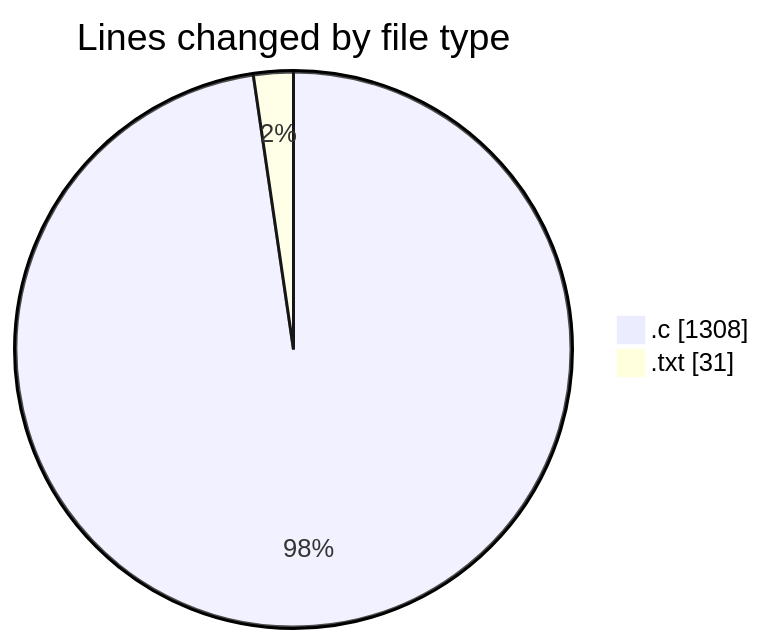
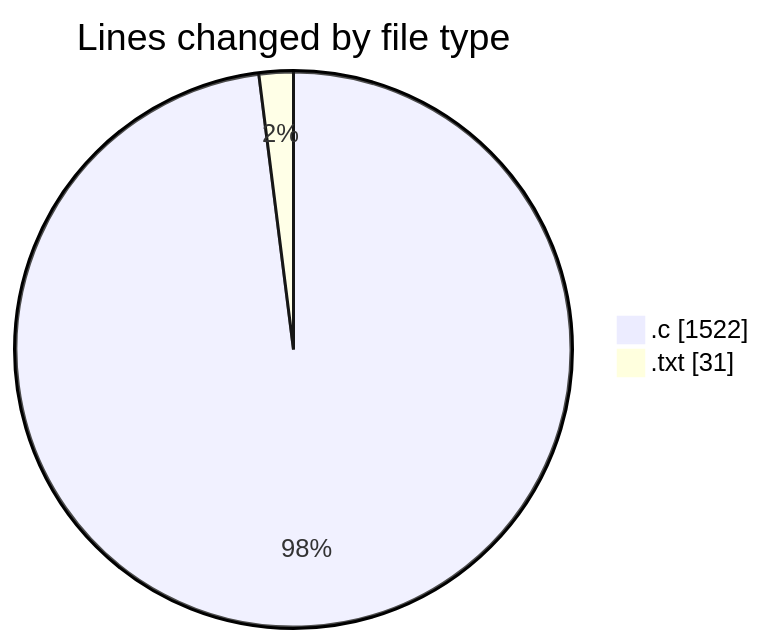
One commit to Ritupan-Deka/code-tracking changed the first of 2 diagrams in 2025-01-26/search/README.md. Above: the diagram before and after it, drawn with Mermaid. The commit also changed other lines of this file and 1 other file, not shown here.

````diff
--- a/2025-01-26/search/README.md
+++ b/2025-01-26/search/README.md
@@ -22,6 +22,6 @@
 ```mermaid
 pie showData
 title Lines changed by file type
-".c" : 1308
+".c" : 1522
 ".txt" : 31
 ```
````
